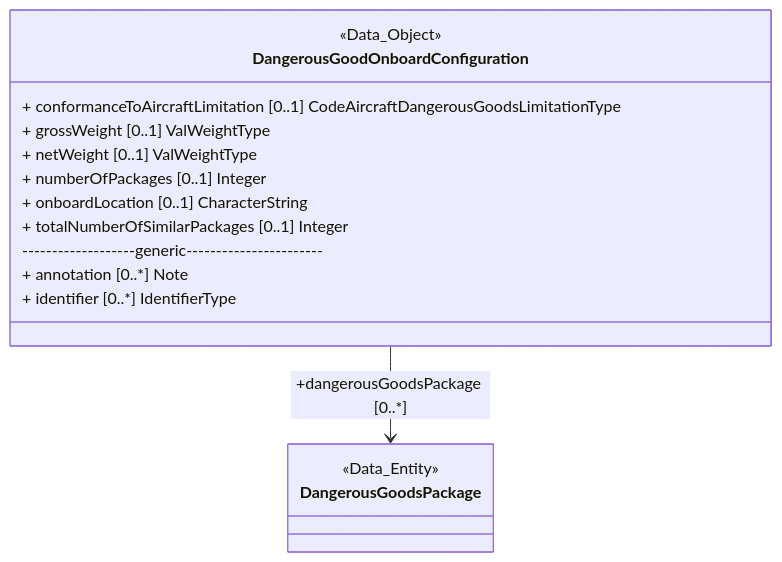
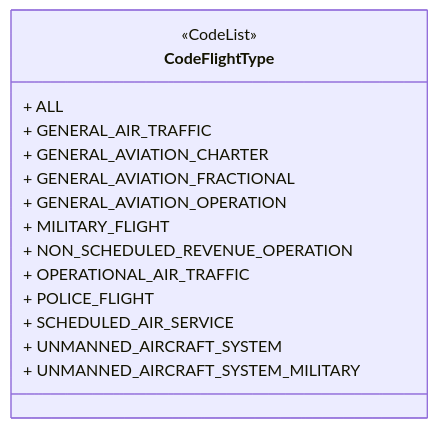
One commit to hlepori/testAIRM changed diagram 16 of 55 in README.md. Above: the diagram before and after it, drawn with Mermaid. The commit also changed other lines of this file, not shown here.

````diff
--- a/README.md
+++ b/README.md
@@ -395,19 +435,18 @@
 ```mermaid	
 classDiagram	
-class DangerousGoodOnboardConfiguration	
-<<Data_Object>> DangerousGoodOnboardConfiguration	
-link DangerousGoodOnboardConfiguration "https://airm.aero/developers/advanced-search/1.0.0/DangerousGoodOnboardConfiguration?model=LogicalModel" "Go to definition"	
-DangerousGoodOnboardConfiguration : + conformanceToAircraftLimitation [0..1] CodeAircraftDangerousGoodsLimitationType	
-class DangerousGoodsPackage	
-<<Data_Entity>> DangerousGoodsPackage	
-link DangerousGoodsPackage "https://airm.aero/developers/advanced-search/1.0.0/DangerousGoodsPackage?model=LogicalModel" "Go to definition"	
-DangerousGoodOnboardConfiguration --> DangerousGoodsPackage : +dangerousGoodsPackage [0..*]	
-DangerousGoodOnboardConfiguration : + grossWeight [0..1] ValWeightType	
-DangerousGoodOnboardConfiguration : + netWeight [0..1] ValWeightType	
-DangerousGoodOnboardConfiguration : + numberOfPackages [0..1] Integer	
-DangerousGoodOnboardConfiguration : + onboardLocation [0..1] CharacterString	
-DangerousGoodOnboardConfiguration : + totalNumberOfSimilarPackages [0..1] Integer	
-DangerousGoodOnboardConfiguration: -------------------generic-----------------------	
-DangerousGoodOnboardConfiguration : + annotation [0..*] Note	
-DangerousGoodOnboardConfiguration : + identifier [0..*] IdentifierType	
+class CodeFlightType	
+<<CodeList>> CodeFlightType	
+link CodeFlightType "https://airm.aero/developers/advanced-search/1.0.0/CodeFlightType?model=LogicalModel" "Go to definition"	
+CodeFlightType : + ALL	
+CodeFlightType : + GENERAL_AIR_TRAFFIC	
+CodeFlightType : + GENERAL_AVIATION_CHARTER	
+CodeFlightType : + GENERAL_AVIATION_FRACTIONAL	
+CodeFlightType : + GENERAL_AVIATION_OPERATION	
+CodeFlightType : + MILITARY_FLIGHT	
+CodeFlightType : + NON_SCHEDULED_REVENUE_OPERATION	
+CodeFlightType : + OPERATIONAL_AIR_TRAFFIC	
+CodeFlightType : + POLICE_FLIGHT	
+CodeFlightType : + SCHEDULED_AIR_SERVICE	
+CodeFlightType : + UNMANNED_AIRCRAFT_SYSTEM	
+CodeFlightType : + UNMANNED_AIRCRAFT_SYSTEM_MILITARY	
 ```	
````
